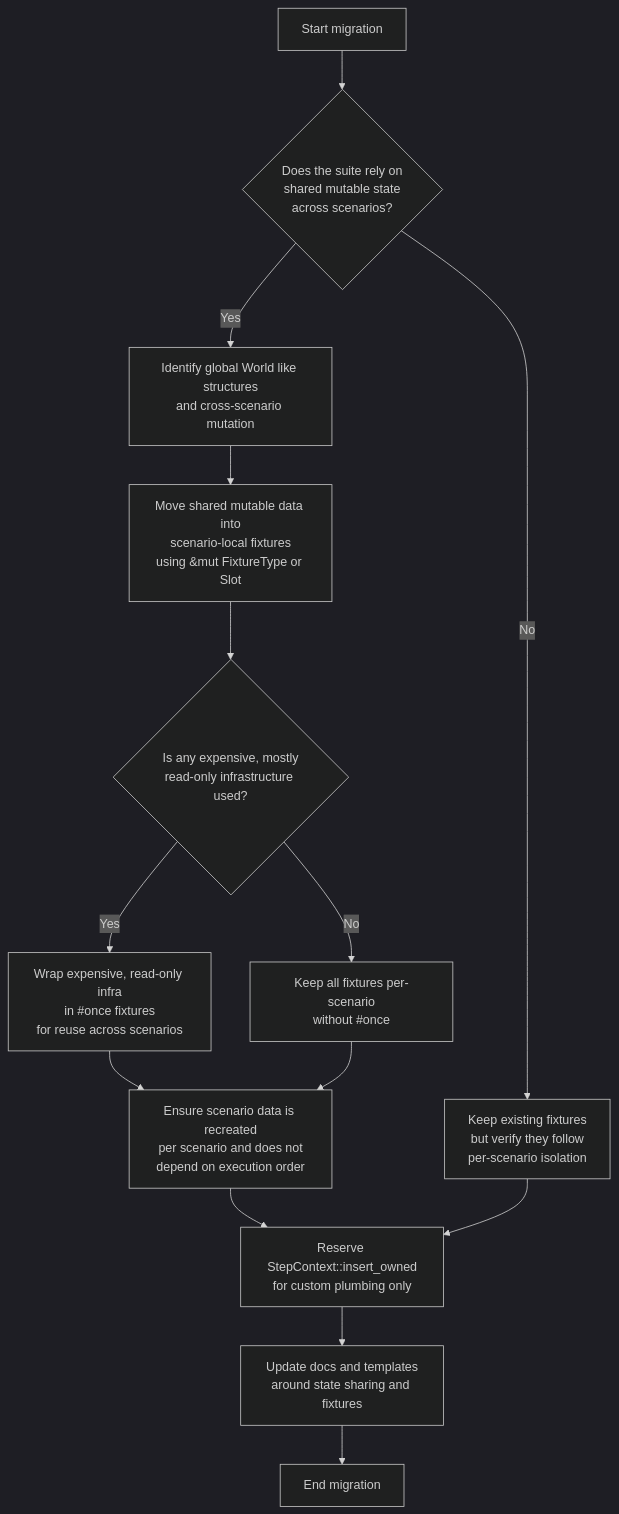
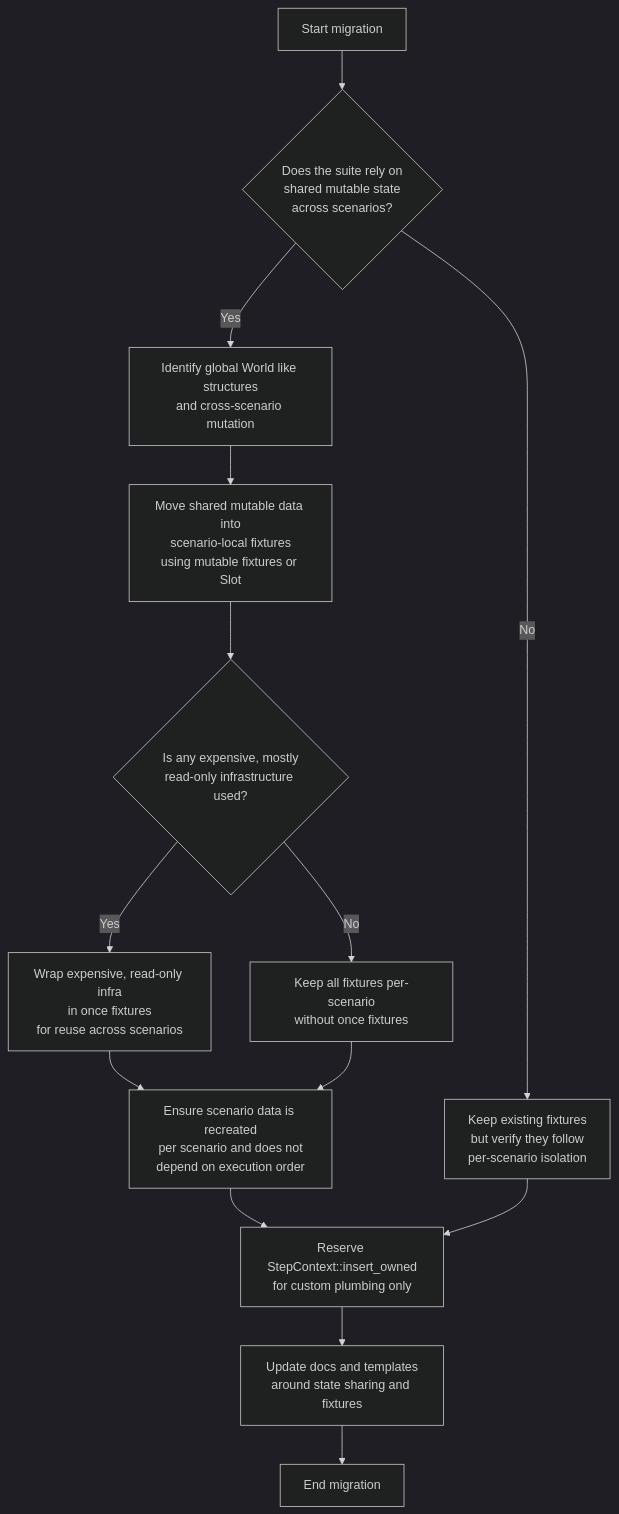
The diagram in docs/rstest-bdd-v0-5-0-migration-guide.md (leynos/netsuke), drawn with Mermaid (dark theme) before and after one commit. The commit also changed 2 other files, not shown here.

Commit message:
Fix Mermaid diagram validation (#83)
Quote Mermaid node labels that contain punctuation or explicit line breaks so
nixie can parse the documentation diagrams reliably.

Keep the documentation content unchanged while making the diagrams compatible
with the repository validation gate.

````diff
--- a/docs/rstest-bdd-v0-5-0-migration-guide.md
+++ b/docs/rstest-bdd-v0-5-0-migration-guide.md
@@ -109,37 +109,22 @@
 ```mermaid
 flowchart TD
-    A[Start migration] --> B{Does the suite rely on
-shared mutable state
-across scenarios?}
+    A["Start migration"] --> B{"Does the suite rely on<br/>shared mutable state<br/>across scenarios?"}
 
-    B -- Yes --> C[Identify global World like structures
-and cross-scenario mutation]
-    C --> D[Move shared mutable data into
-scenario-local fixtures
-using &mut FixtureType or Slot]
-    D --> E{Is any expensive, mostly
-read-only infrastructure used?}
+    B -- Yes --> C["Identify global World like structures<br/>and cross-scenario mutation"]
+    C --> D["Move shared mutable data into<br/>scenario-local fixtures<br/>using mutable fixtures or Slot"]
+    D --> E{"Is any expensive, mostly<br/>read-only infrastructure used?"}
 
-    E -- Yes --> F[Wrap expensive, read-only infra
-in #once fixtures
-for reuse across scenarios]
-    E -- No --> G[Keep all fixtures per-scenario
-without #once]
+    E -- Yes --> F["Wrap expensive, read-only infra<br/>in once fixtures<br/>for reuse across scenarios"]
+    E -- No --> G["Keep all fixtures per-scenario<br/>without once fixtures"]
 
-    F --> H[Ensure scenario data is recreated
-per scenario and does not
-depend on execution order]
+    F --> H["Ensure scenario data is recreated<br/>per scenario and does not<br/>depend on execution order"]
     G --> H
 
-    B -- No --> I[Keep existing fixtures
-but verify they follow
-per-scenario isolation]
+    B -- No --> I["Keep existing fixtures<br/>but verify they follow<br/>per-scenario isolation"]
 
-    H --> J[Reserve StepContext::insert_owned
-for custom plumbing only]
+    H --> J["Reserve StepContext::insert_owned<br/>for custom plumbing only"]
     I --> J
 
-    J --> K[Update docs and templates
-around state sharing and fixtures]
-    K --> L[End migration]
+    J --> K["Update docs and templates<br/>around state sharing and fixtures"]
+    K --> L["End migration"]
 ```
````
